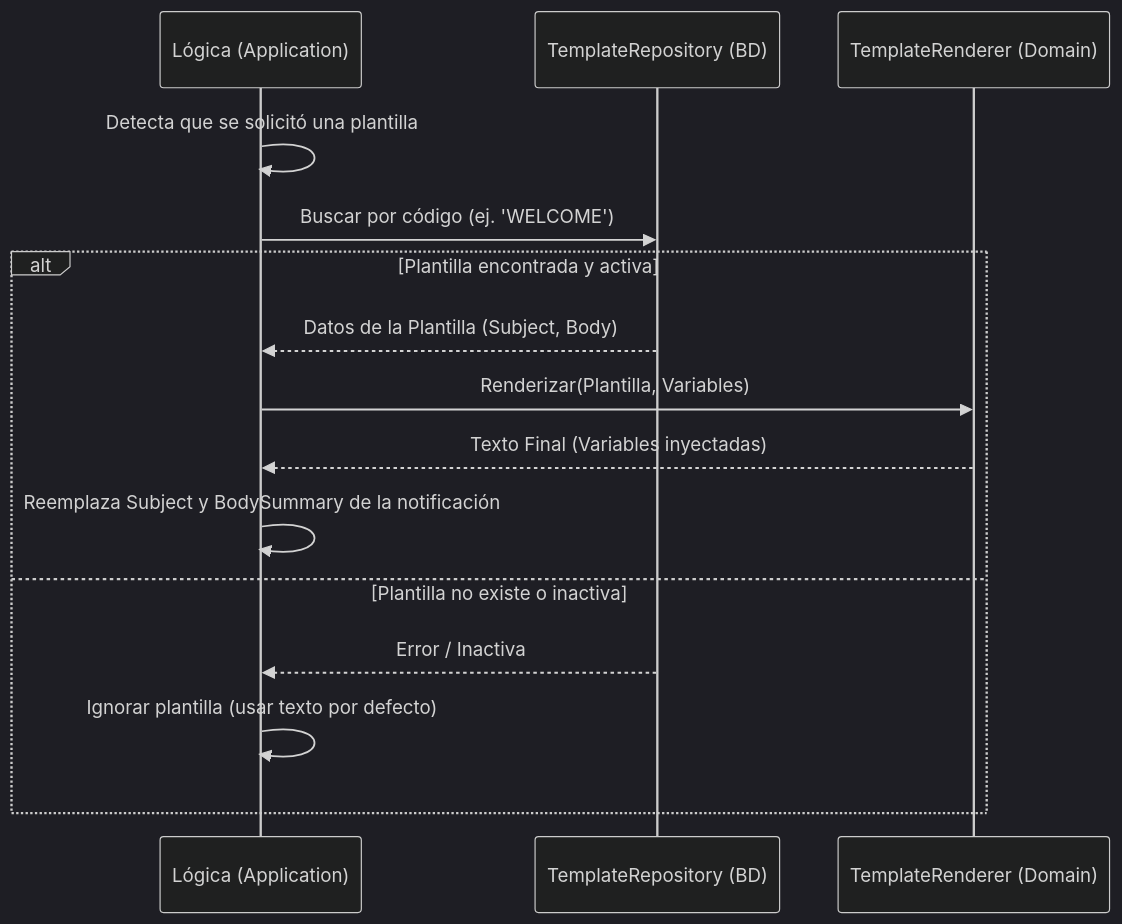
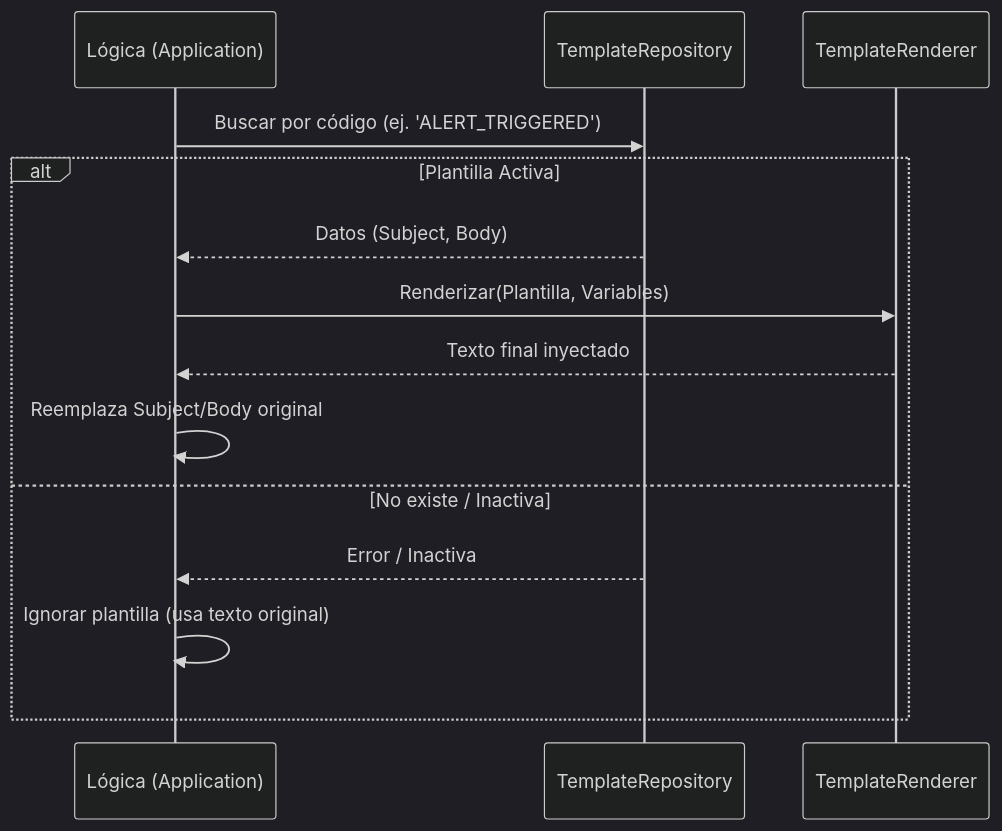
Before and after one commit to Entregables-Jesus-Ariel/evidencias-notification-service: the diagram in tasks-vanessaperdomo/HU-NOTIF-006.md, drawn with Mermaid (dark theme). The commit also changed other lines of this file and 6 other files, not shown here.

````diff
--- a/tasks-vanessaperdomo/HU-NOTIF-006.md
+++ b/tasks-vanessaperdomo/HU-NOTIF-006.md
@@ -18,19 +15,18 @@
 ```mermaid
 sequenceDiagram
     participant CasoDeUso as Lógica (Application)
-    participant RepoTmpl as TemplateRepository (BD)
-    participant Dominio as TemplateRenderer (Domain)
+    participant RepoTmpl as TemplateRepository
+    participant Dominio as TemplateRenderer
 
-    CasoDeUso->>CasoDeUso: Detecta que se solicitó una plantilla
-    CasoDeUso->>RepoTmpl: Buscar por código (ej. 'WELCOME')
+    CasoDeUso->>RepoTmpl: Buscar por código (ej. 'ALERT_TRIGGERED')
     
-    alt Plantilla encontrada y activa
-        RepoTmpl-->>CasoDeUso: Datos de la Plantilla (Subject, Body)
+    alt Plantilla Activa
+        RepoTmpl-->>CasoDeUso: Datos (Subject, Body)
         CasoDeUso->>Dominio: Renderizar(Plantilla, Variables)
-        Dominio-->>CasoDeUso: Texto Final (Variables inyectadas)
-        CasoDeUso->>CasoDeUso: Reemplaza Subject y BodySummary de la notificación
-    else Plantilla no existe o inactiva
+        Dominio-->>CasoDeUso: Texto final inyectado
+        CasoDeUso->>CasoDeUso: Reemplaza Subject/Body original
+    else No existe / Inactiva
         RepoTmpl-->>CasoDeUso: Error / Inactiva
-        CasoDeUso->>CasoDeUso: Ignorar plantilla (usar texto por defecto)
+        CasoDeUso->>CasoDeUso: Ignorar plantilla (usa texto original)
     end
 ```
````
